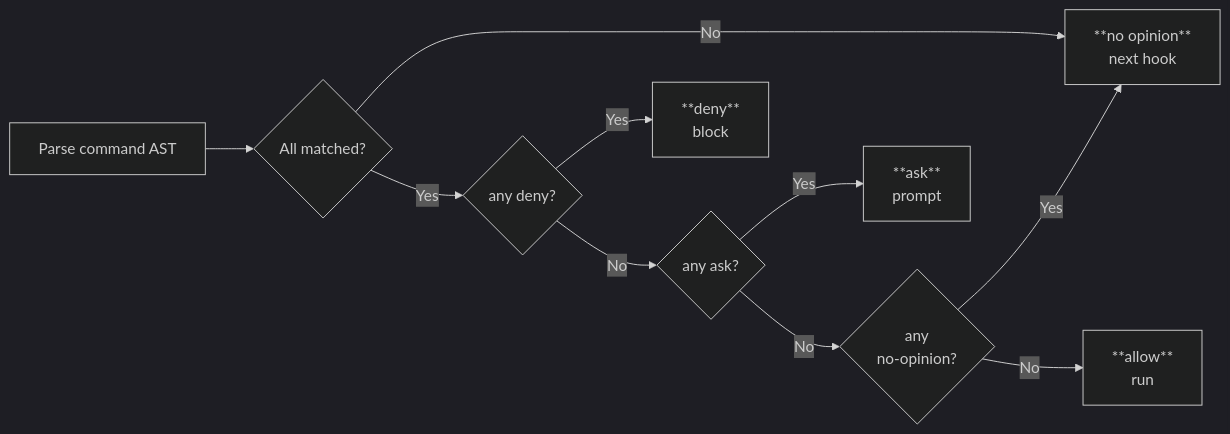
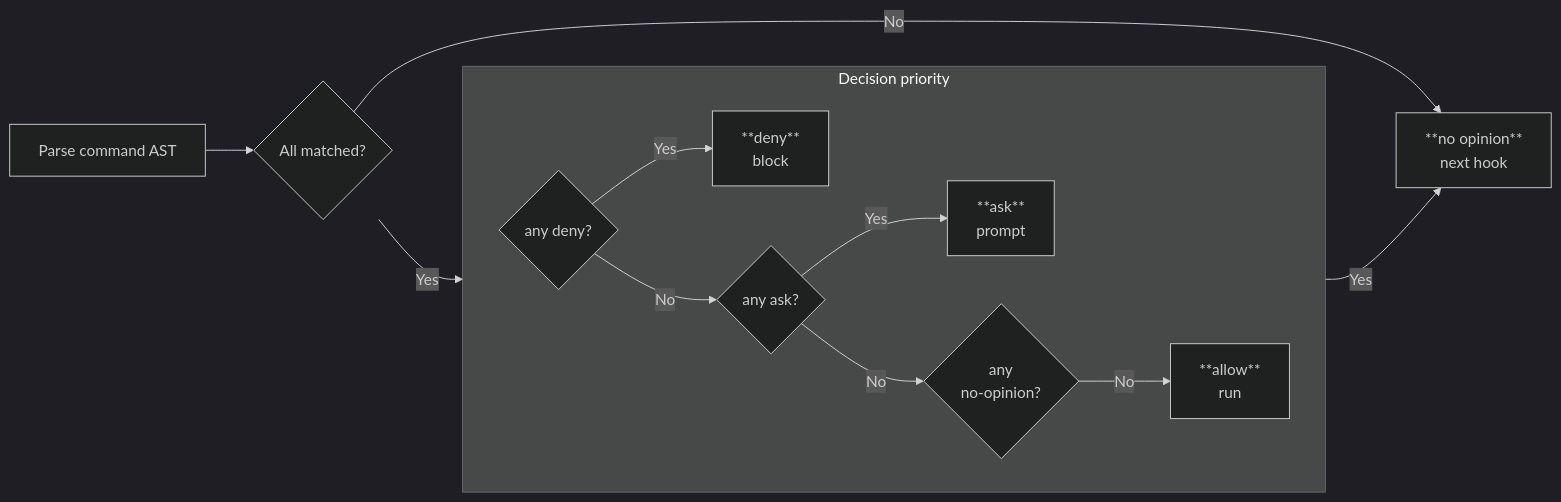
One commit to cpcloud/claude-bash-approve changed the diagram in README.md. Above: the diagram before and after it, drawn with Mermaid (dark theme).

Commit message:
Use subgraph for decision priority cascade in diagram

````diff
--- a/README.md
+++ b/README.md
@@ -24,12 +24,15 @@
 ```mermaid
 flowchart LR
     A["Parse command AST"] --> C{"All matched?"}
     C -- No --> NOP["**no opinion**\nnext hook"]
-    C -- Yes --> D{"any deny?"}
-    D -- Yes --> DENY["**deny**\nblock"]
-    D -- No --> E{"any ask?"}
-    E -- Yes --> ASK["**ask**\nprompt"]
-    E -- No --> F{"any\nno-opinion?"}
+    C -- Yes --> D
+    subgraph priority["Decision priority"]
+        direction LR
+        D{"any deny?"} -- Yes --> DENY["**deny**\nblock"]
+        D -- No --> E{"any ask?"}
+        E -- Yes --> ASK["**ask**\nprompt"]
+        E -- No --> F{"any\nno-opinion?"}
+        F -- No --> ALLOW["**allow**\nrun"]
+    end
     F -- Yes --> NOP
-    F -- No --> ALLOW["**allow**\nrun"]
 ```
````
